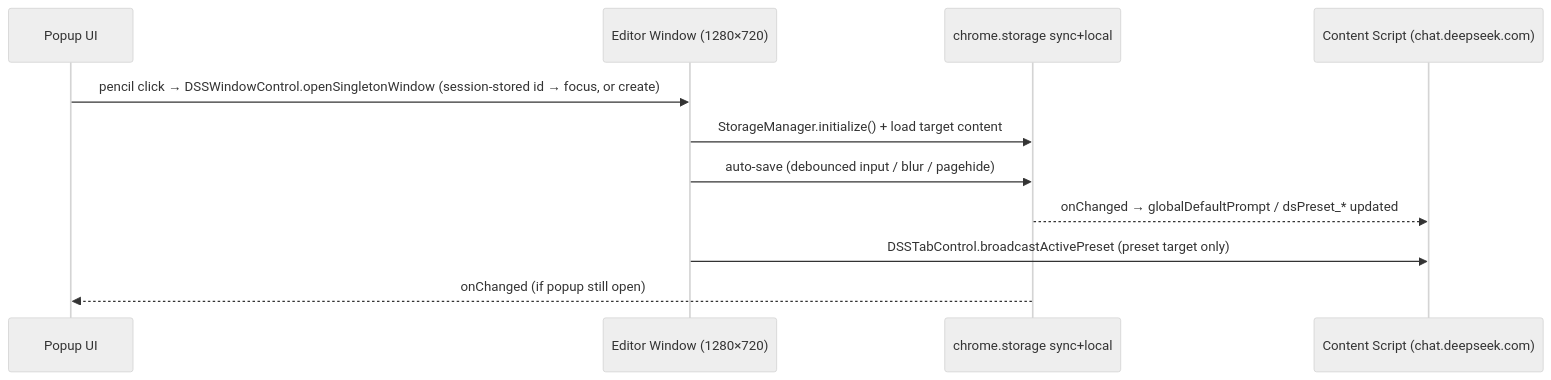
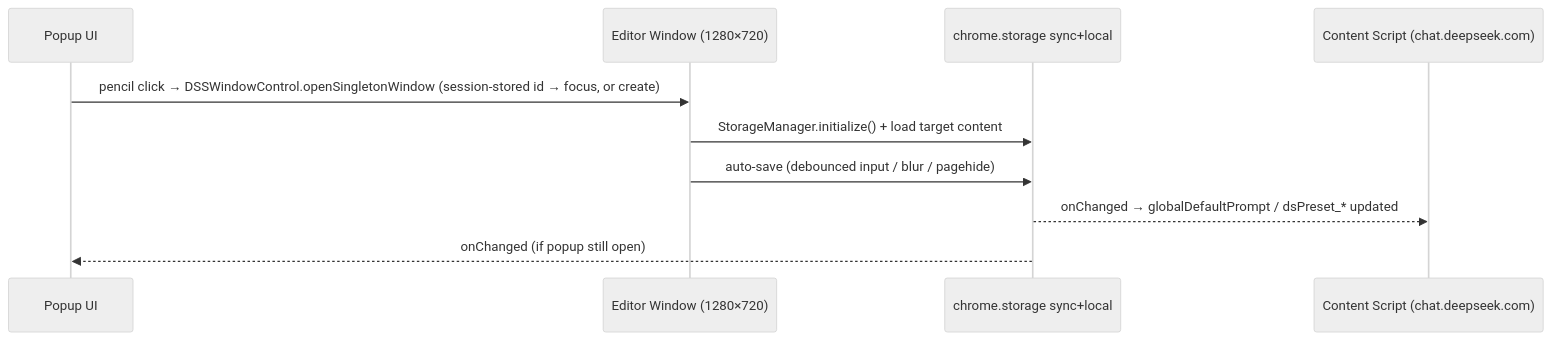
Before and after one commit to sov1n14/ds-studio: the diagram in docs/architecture/POPUP.md, drawn with Mermaid (neutral theme). The commit also changed other lines of this file and 16 other files, not shown here.

````diff
--- a/docs/architecture/POPUP.md
+++ b/docs/architecture/POPUP.md
@@ -350,14 +350,13 @@
 ```mermaid
 sequenceDiagram
     participant Popup as Popup UI
     participant Editor as Editor Window (1280×720)
     participant Storage as chrome.storage sync+local
     participant Content as Content Script (chat.deepseek.com)
 
     Popup->>Editor: pencil click → DSSWindowControl.openSingletonWindow (session-stored id → focus, or create)
     Editor->>Storage: StorageManager.initialize() + load target content
     Editor->>Storage: auto-save (debounced input / blur / pagehide)
     Storage-->>Content: onChanged → globalDefaultPrompt / dsPreset_* updated
-    Editor->>Content: DSSTabControl.broadcastActivePreset (preset target only)
     Storage-->>Popup: onChanged (if popup still open)
 ```
````
